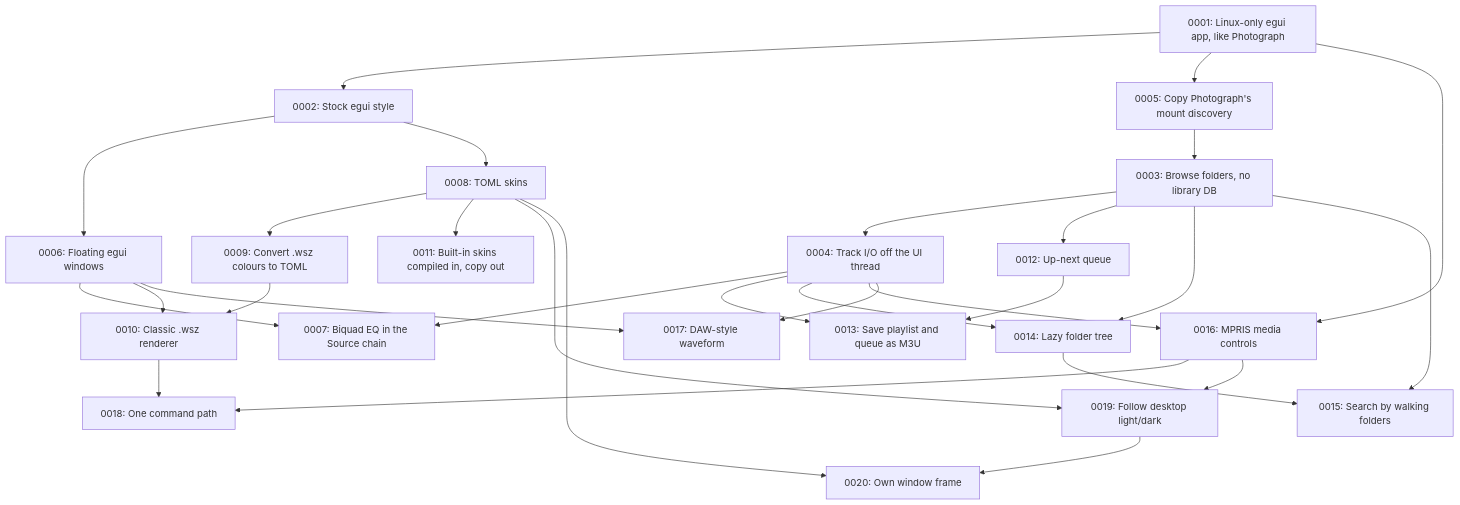
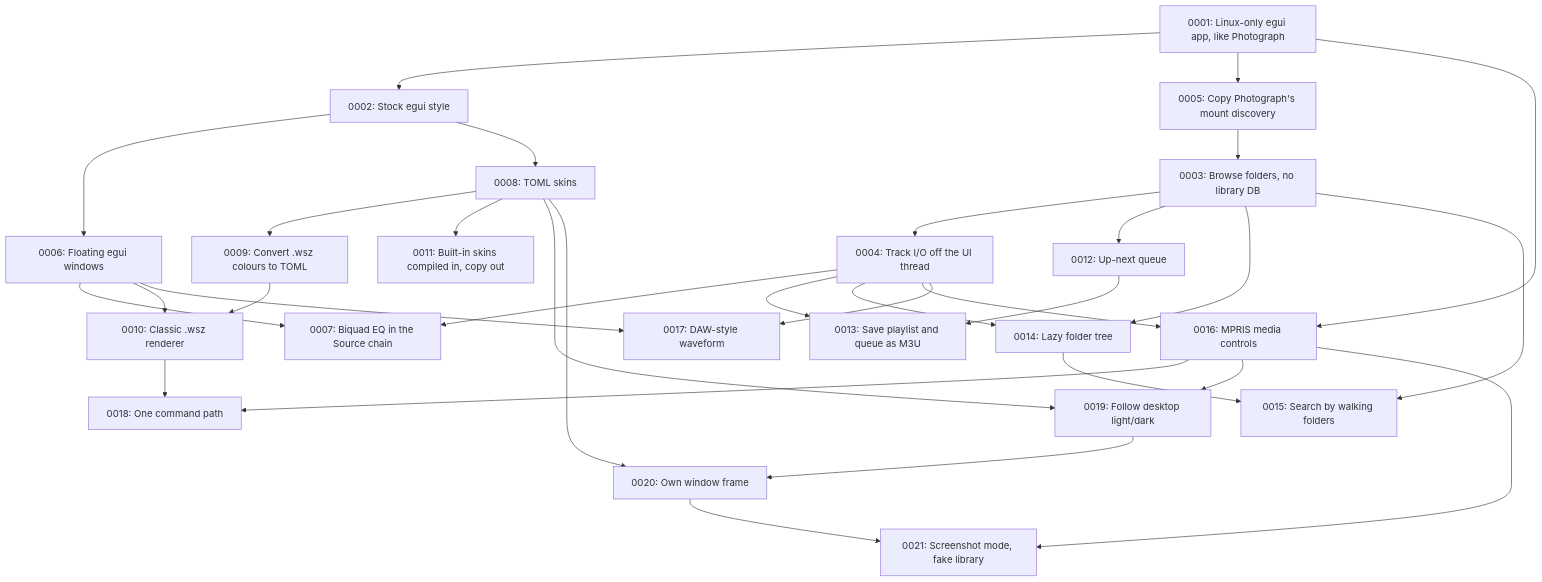
One commit to divanvisagie/UnAmp changed the diagram in docs/adr/README.md. Above: the diagram before and after it, drawn with Mermaid. The commit also changed other lines of this file and 9 other files, not shown here.

First line of the commit message:
Add make screenshot: a docs screenshot from a fake library

````diff
--- a/docs/adr/README.md
+++ b/docs/adr/README.md
@@ -66,32 +67,34 @@
 ```mermaid
 flowchart TD
     A[0001: Linux-only egui app, like Photograph] --> B[0002: Stock egui style]
     A --> E[0005: Copy Photograph's mount discovery]
     C[0003: Browse folders, no library DB] --> D[0004: Track I/O off the UI thread]
     E --> C
     B --> F[0006: Floating egui windows]
     D --> G[0007: Biquad EQ in the Source chain]
     F --> G
     B --> H[0008: TOML skins]
     H --> I[0009: Convert .wsz colours to TOML]
     I --> J[0010: Classic .wsz renderer]
     F --> J
     H --> K[0011: Built-in skins compiled in, copy out]
     C --> L[0012: Up-next queue]
     L --> M[0013: Save playlist and queue as M3U]
     D --> M
     C --> N[0014: Lazy folder tree]
     D --> N
     C --> O[0015: Search by walking folders]
     N --> O
     A --> P[0016: MPRIS media controls]
     D --> P
     F --> Q[0017: DAW-style waveform]
     D --> Q
     J --> R[0018: One command path]
     P --> R
     H --> S[0019: Follow desktop light/dark]
     P --> S
     S --> T[0020: Own window frame]
     H --> T
+    T --> U[0021: Screenshot mode, fake library]
+    P --> U
 ```
````
